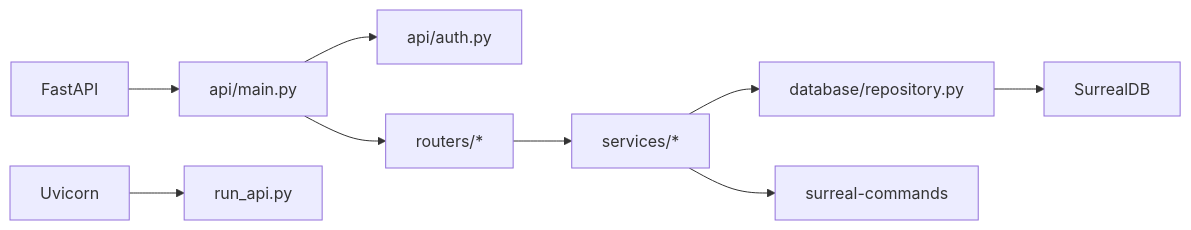
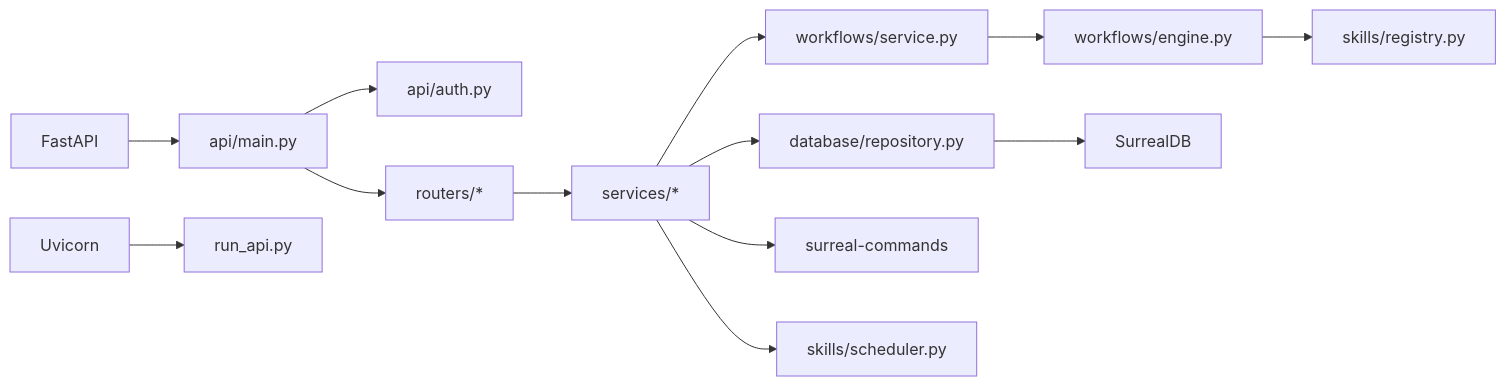
Before and after one commit to jackeyunjie/open-notebook: the ninth of 9 diagrams in .qoder/repowiki/zh/content/后端架构/后端架构.md, drawn with Mermaid. The commit also changed other lines of this file and 24 other files, not shown here.

````diff
--- a/.qoder/repowiki/zh/content/后端架构/后端架构.md
+++ b/.qoder/repowiki/zh/content/后端架构/后端架构.md
@@ -401,11 +550,15 @@
 ```mermaid
 graph LR
 FAST["FastAPI"] --> MAIN["api/main.py"]
 UVICORN["Uvicorn"] --> RUN["run_api.py"]
 MAIN --> AUTH["api/auth.py"]
 MAIN --> ROUTERS["routers/*"]
 ROUTERS --> SERVICES["services/*"]
 SERVICES --> REPO["database/repository.py"]
+SERVICES --> WF_SERVICE["workflows/service.py"]
+WF_SERVICE --> WF_ENGINE["workflows/engine.py"]
+WF_ENGINE --> SKILL_REG["skills/registry.py"]
+SERVICES --> CMDS["surreal-commands"]
+SERVICES --> WF_SCHED["skills/scheduler.py"]
 REPO --> SURREAL["SurrealDB"]
-SERVICES --> CMDS["surreal-commands"]
 ```
````
